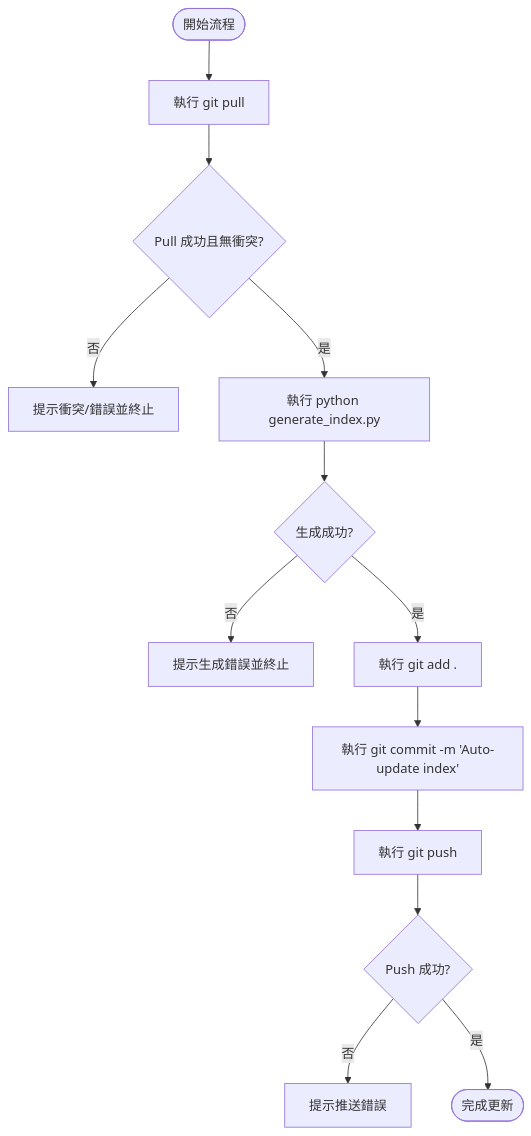
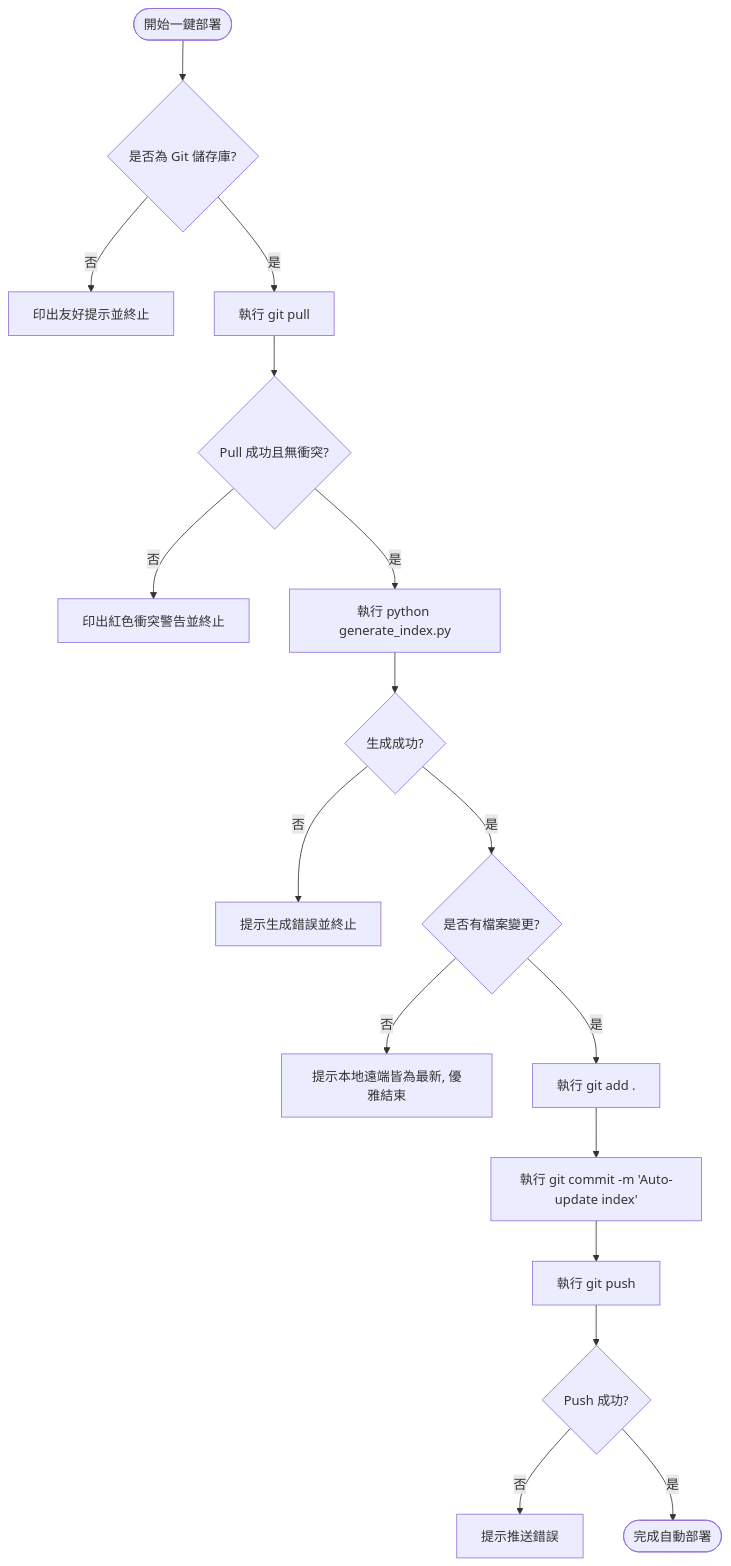
Before and after one commit to jccafe/jccafe.github.io: the first of 2 diagrams in docs/spec/規格書.md, drawn with Mermaid. The commit also changed other lines of this file and 5 other files, not shown here.

````diff
--- a/docs/spec/規格書.md
+++ b/docs/spec/規格書.md
@@ -44,19 +46,24 @@
 ```mermaid
 graph TD
-    Start([開始流程]) --> Pull[執行 git pull]
+    Start([開始一鍵部署]) --> PreCheck{是否為 Git 儲存庫?}
+    PreCheck -- 否 --> AlertGitError[印出友好提示並終止]
+    PreCheck -- 是 --> Pull[執行 git pull]
+    
     Pull --> CheckPull{Pull 成功且無衝突?}
-    
-    CheckPull -- 否 --> AlertConflict[提示衝突/錯誤並終止]
+    CheckPull -- 否 --> AlertConflict[印出紅色衝突警告並終止]
     CheckPull -- 是 --> GenIndex[執行 python generate_index.py]
     
     GenIndex --> CheckGen{生成成功?}
     CheckGen -- 否 --> AlertGenError[提示生成錯誤並終止]
-    CheckGen -- 是 --> GitAdd[執行 git add .]
+    CheckGen -- 是 --> CheckChanges{是否有檔案變更?}
+    
+    CheckChanges -- 否 --> SuccessExit[提示本地遠端皆為最新, 優雅結束]
+    CheckChanges -- 是 --> GitAdd[執行 git add .]
     
     GitAdd --> GitCommit[執行 git commit -m 'Auto-update index']
     GitCommit --> GitPush[執行 git push]
     GitPush --> CheckPush{Push 成功?}
     
     CheckPush -- 否 --> AlertPushError[提示推送錯誤]
-    CheckPush -- 是 --> End([完成更新])
+    CheckPush -- 是 --> End([完成自動部署])
 ```
````
